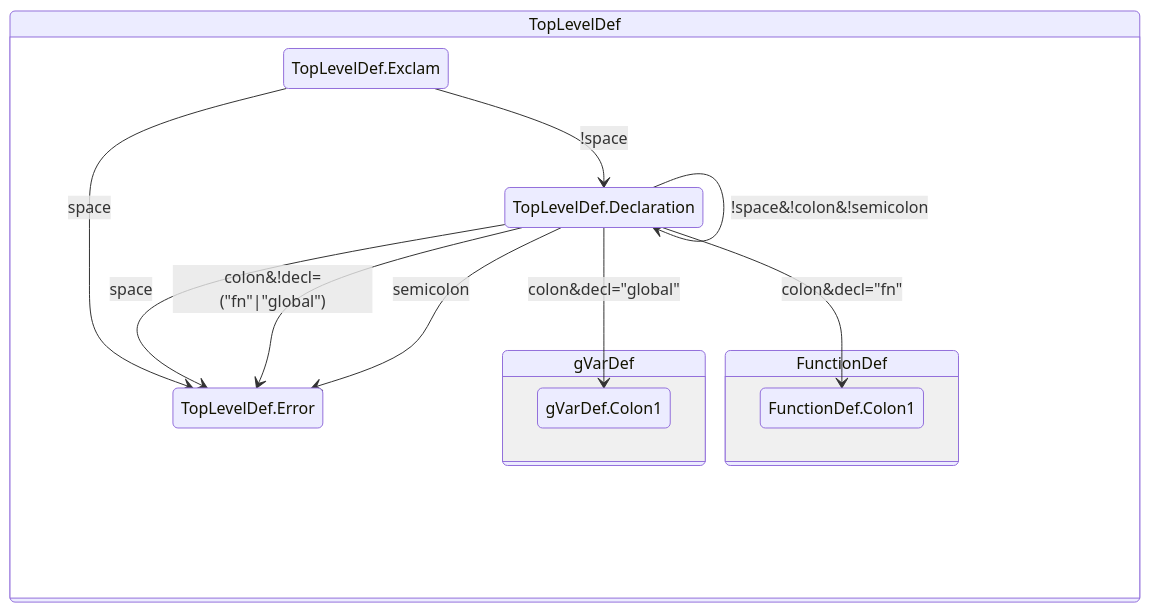
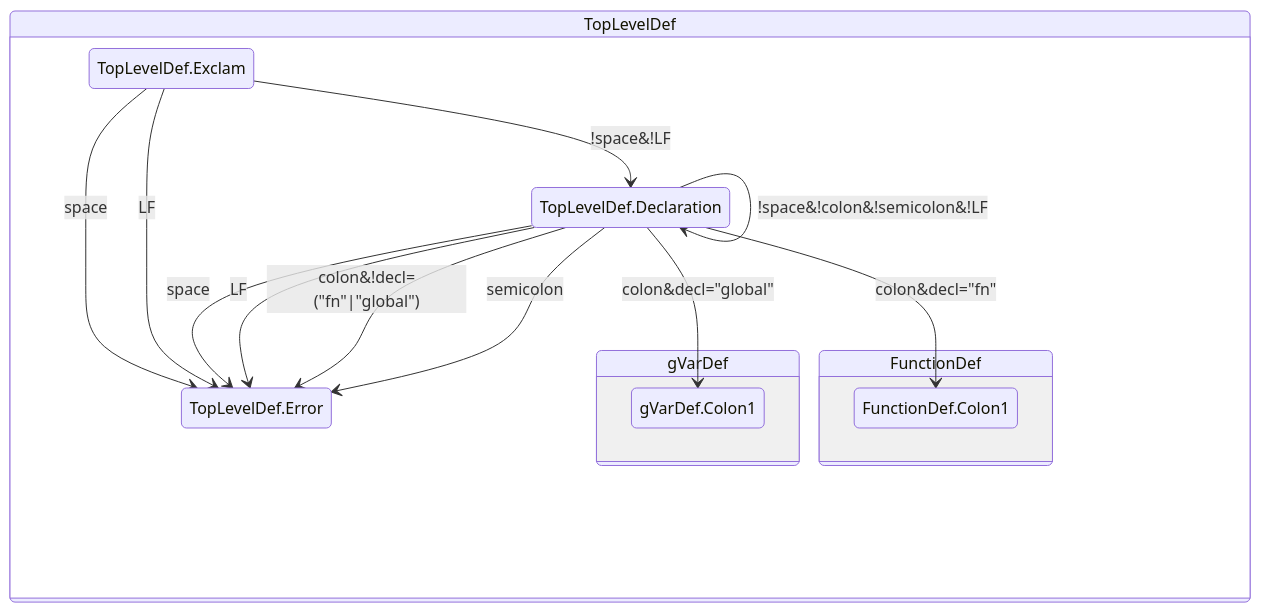
One commit to neknaj/nlps changed the fourth of 6 diagrams in spec/nlp-tokenizer-statetransition.md. Above: the diagram before and after it, drawn with Mermaid. The commit also changed other lines of this file and 3 other files, not shown here.

````diff
--- a/spec/nlp-tokenizer-statetransition.md
+++ b/spec/nlp-tokenizer-statetransition.md
@@ -151,19 +181,21 @@
 ```mermaid
 stateDiagram-v2
 state TopLevelDef {
     TopLevelDef.Exclam --> TopLevelDef.Error: space
-    TopLevelDef.Exclam --> TopLevelDef.Declaration: !space
-    TopLevelDef.Declaration --> TopLevelDef.Declaration: !space&!colon&!semicolon
+    TopLevelDef.Exclam --> TopLevelDef.Error: LF
+    TopLevelDef.Exclam --> TopLevelDef.Declaration: !space&!LF
+    TopLevelDef.Declaration --> TopLevelDef.Declaration: !space&!colon&!semicolon&!LF
     TopLevelDef.Declaration --> TopLevelDef.Error: space
+    TopLevelDef.Declaration --> TopLevelDef.Error: LF
     TopLevelDef.Declaration --> TopLevelDef.Error: colon&!decl=("fn"|"global")
     TopLevelDef.Declaration --> TopLevelDef.Error: semicolon
     TopLevelDef.Declaration --> gVarDef.Colon1: colon&decl="global"
     TopLevelDef.Declaration --> FunctionDef.Colon1: colon&decl="fn"
     state FunctionDef {
         FunctionDef.Colon1
     }
     state gVarDef {
         gVarDef.Colon1
     }
 }
 ```
````
